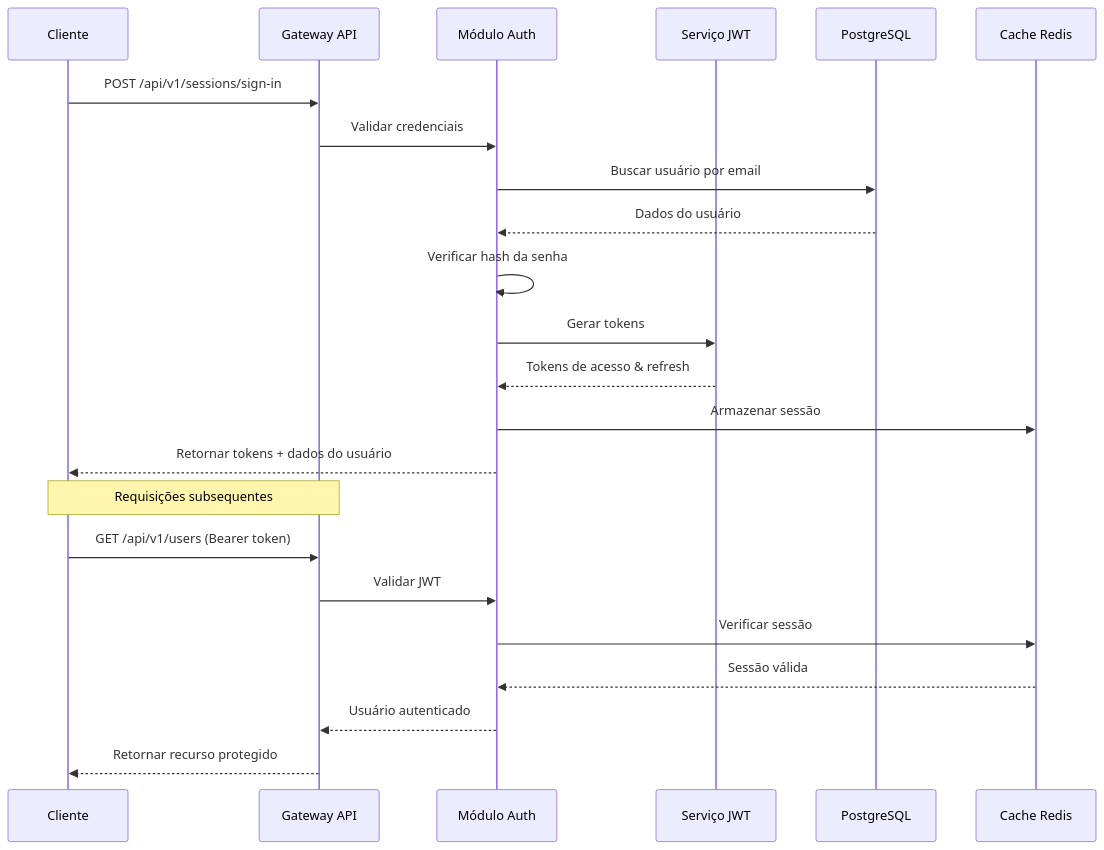
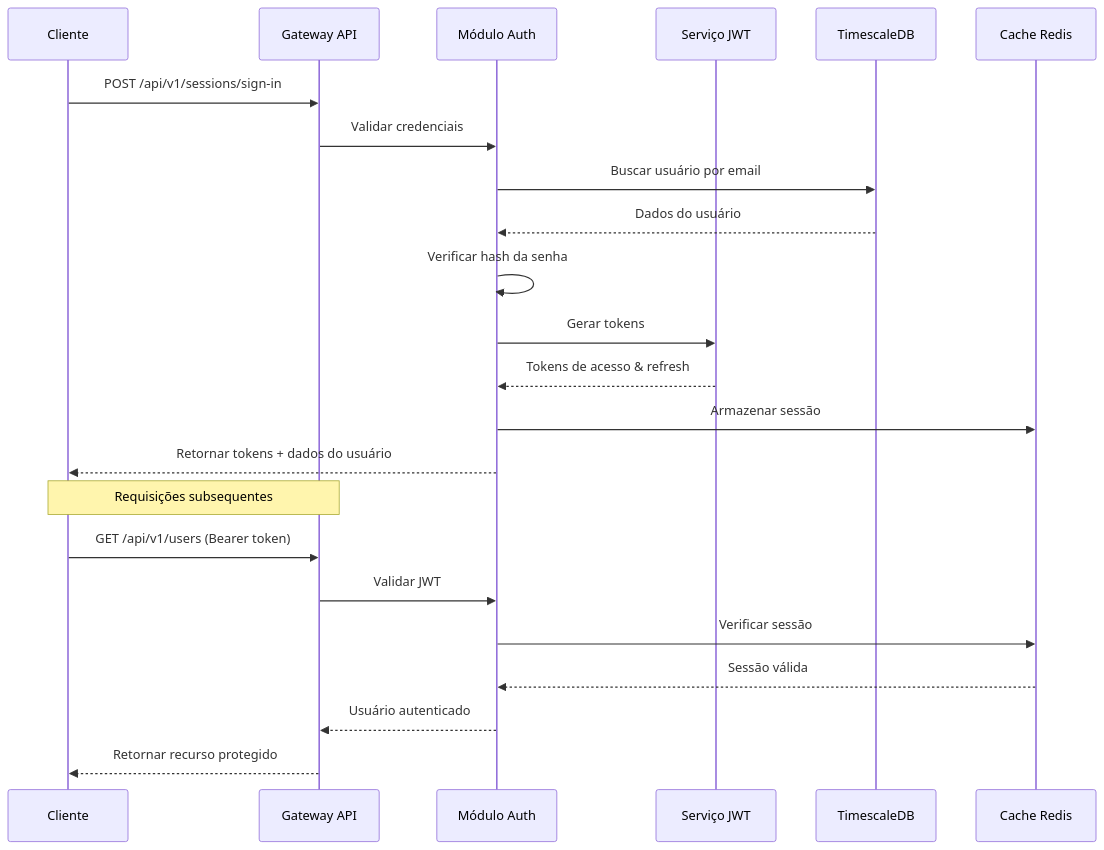
One commit to gabrielmaialva33/base-acl-api changed the second of 6 diagrams in README-pt.md. Above: the diagram before and after it, drawn with Mermaid. The commit also changed other lines of this file and 1 other file, not shown here.

First line of the commit message:
chore(docs): update README and README-pt with TimescaleDB and PostgREST

````diff
--- a/README-pt.md
+++ b/README-pt.md
@@ -104,28 +108,28 @@
 ```mermaid
 sequenceDiagram
     participant C as Cliente
     participant API as Gateway API
     participant AUTH as Módulo Auth
     participant JWT as Serviço JWT
-    participant DB as PostgreSQL
+    participant DB as TimescaleDB
     participant REDIS as Cache Redis
     
     C->>API: POST /api/v1/sessions/sign-in
     API->>AUTH: Validar credenciais
     AUTH->>DB: Buscar usuário por email
     DB-->>AUTH: Dados do usuário
     AUTH->>AUTH: Verificar hash da senha
     AUTH->>JWT: Gerar tokens
     JWT-->>AUTH: Tokens de acesso & refresh
     AUTH->>REDIS: Armazenar sessão
     AUTH-->>C: Retornar tokens + dados do usuário
     
     Note over C,API: Requisições subsequentes
     
     C->>API: GET /api/v1/users (Bearer token)
     API->>AUTH: Validar JWT
     AUTH->>REDIS: Verificar sessão
     REDIS-->>AUTH: Sessão válida
     AUTH-->>API: Usuário autenticado
     API-->>C: Retornar recurso protegido
 ```
````
